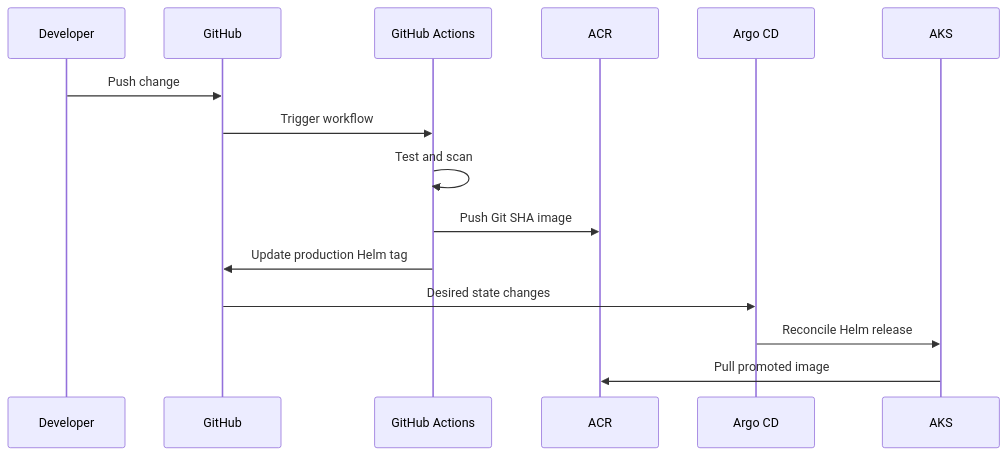
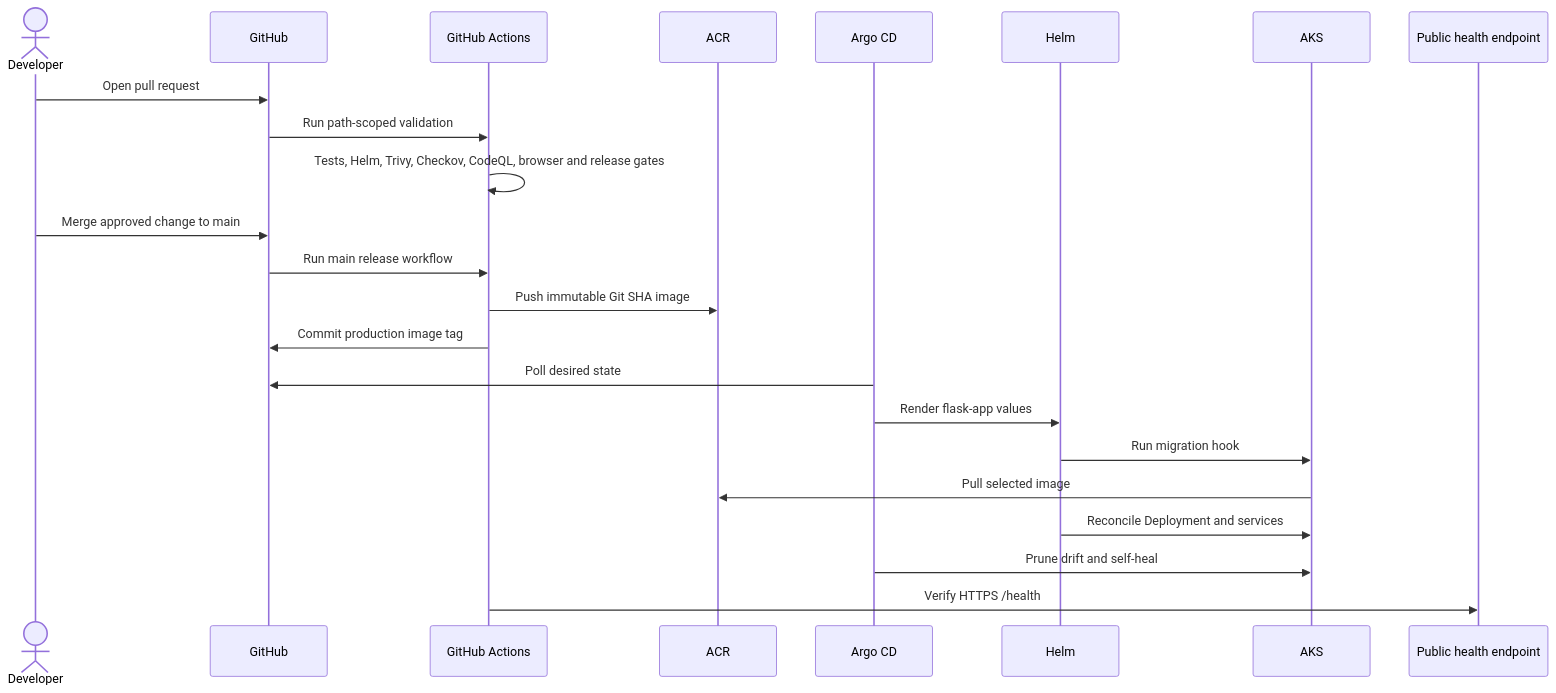
Before and after one commit to scampbell91coaching-dotcom/azure-devops-demo: the second of 5 diagrams in docs/architecture.md, drawn with Mermaid. The commit also changed other lines of this file and 6 other files, not shown here.

````diff
--- a/docs/architecture.md
+++ b/docs/architecture.md
@@ -70,18 +49,26 @@
 ```mermaid
 sequenceDiagram
-    participant D as Developer
-    participant G as GitHub
-    participant A as GitHub Actions
-    participant R as ACR
-    participant C as Argo CD
-    participant K as AKS
+    actor Developer
+    participant GitHub
+    participant CI as GitHub Actions
+    participant ACR
+    participant Argo as Argo CD
+    participant Helm
+    participant AKS
+    participant Health as Public health endpoint
 
-    D->>G: Push change
-    G->>A: Trigger workflow
-    A->>A: Test and scan
-    A->>R: Push Git SHA image
-    A->>G: Update production Helm tag
-    G->>C: Desired state changes
-    C->>K: Reconcile Helm release
-    K->>R: Pull promoted image
+    Developer->>GitHub: Open pull request
+    GitHub->>CI: Run path-scoped validation
+    CI->>CI: Tests, Helm, Trivy, Checkov, CodeQL, browser and release gates
+    Developer->>GitHub: Merge approved change to main
+    GitHub->>CI: Run main release workflow
+    CI->>ACR: Push immutable Git SHA image
+    CI->>GitHub: Commit production image tag
+    Argo->>GitHub: Poll desired state
+    Argo->>Helm: Render flask-app values
+    Helm->>AKS: Run migration hook
+    AKS->>ACR: Pull selected image
+    Helm->>AKS: Reconcile Deployment and services
+    Argo->>AKS: Prune drift and self-heal
+    CI->>Health: Verify HTTPS /health
 ```
````
